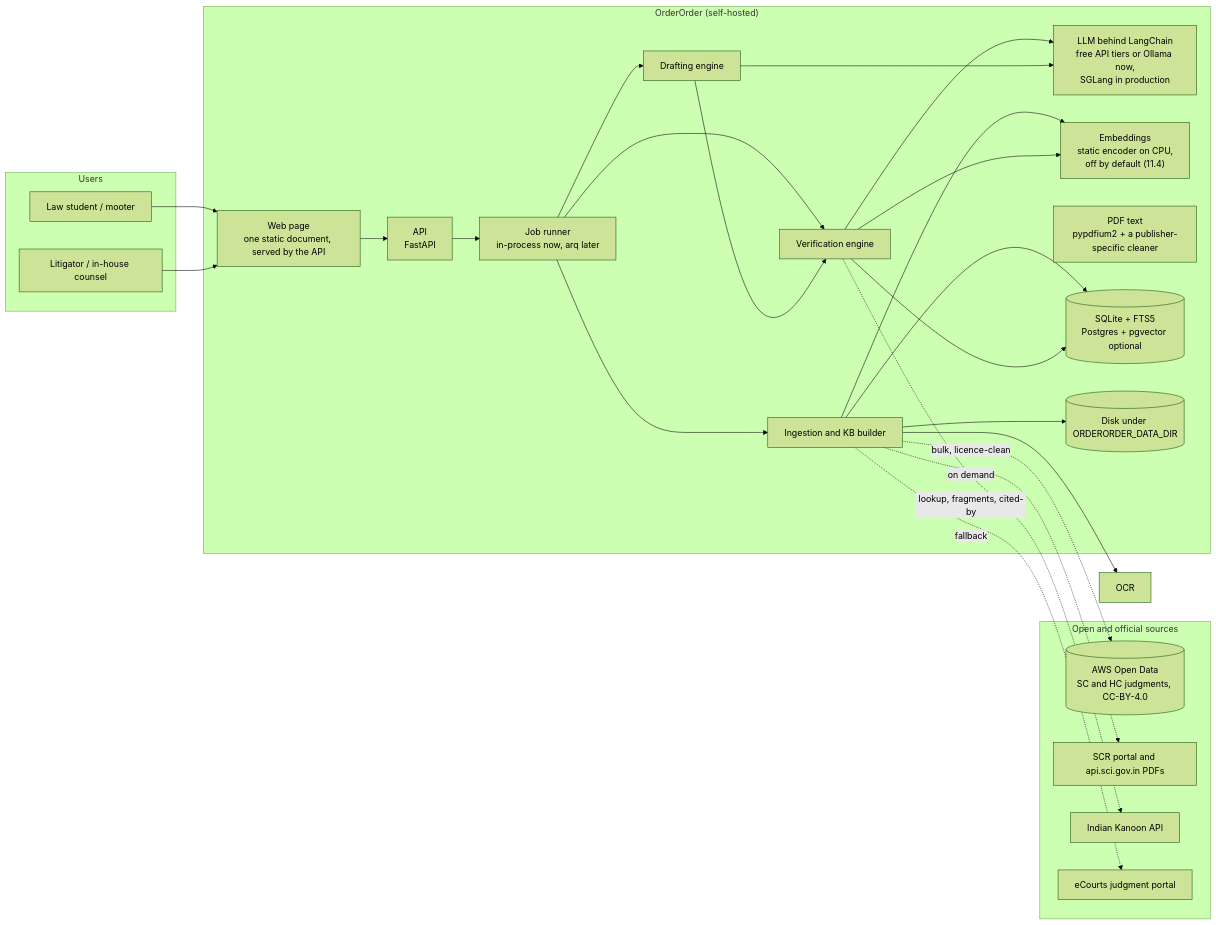
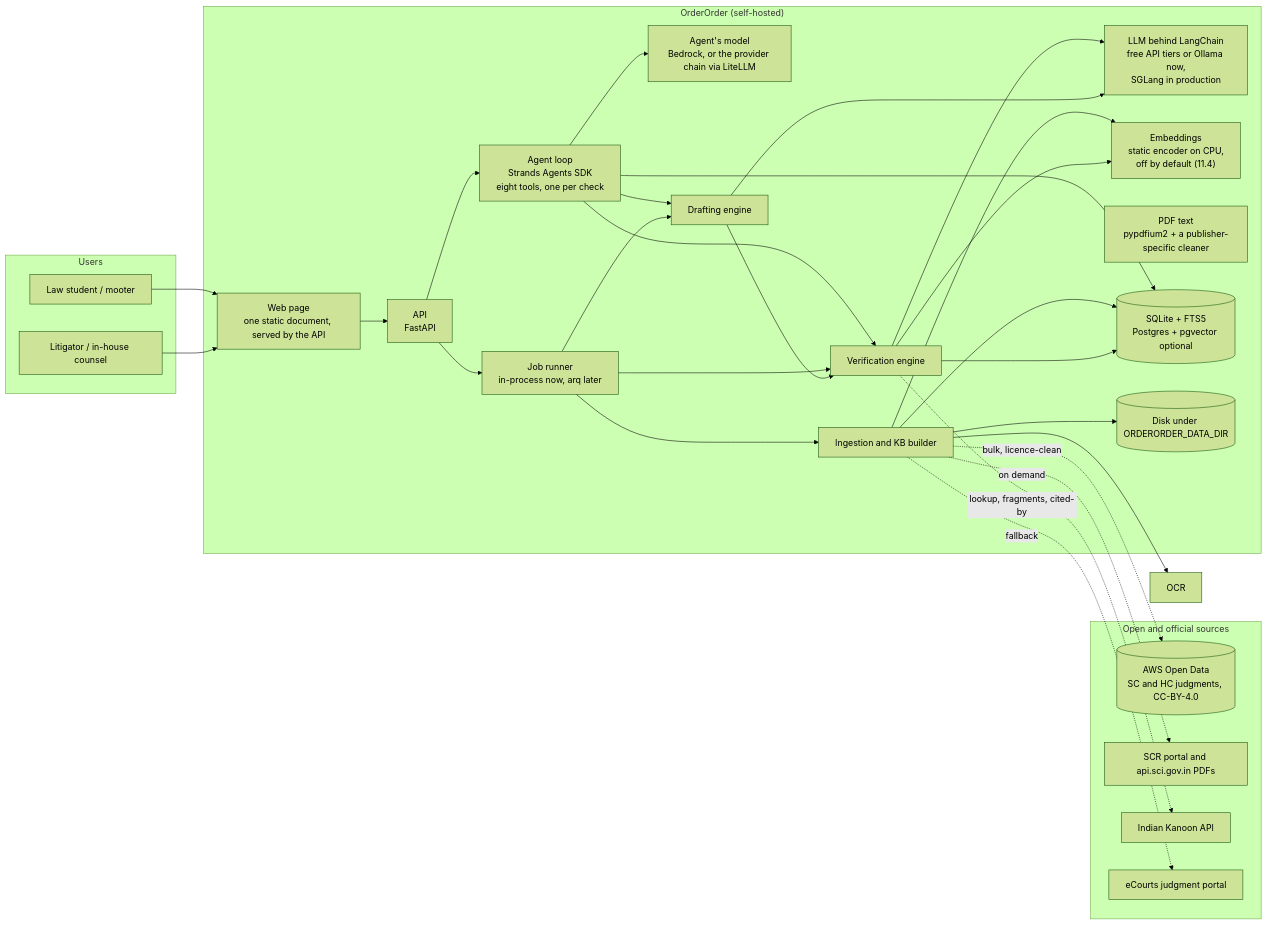
The first of 10 diagrams in docs/ARCHITECTURE.md (dhruvv1402/order-order), drawn with Mermaid (forest theme) before and after one commit. The commit also changed other lines of this file and 15 other files, not shown here.

````diff
--- a/docs/ARCHITECTURE.md
+++ b/docs/ARCHITECTURE.md
@@ -40,49 +40,56 @@
 ```mermaid
 flowchart LR
     subgraph users["Users"]
         U1["Law student / mooter"]
         U2["Litigator / in-house counsel"]
     end
 
     subgraph orderorder["OrderOrder (self-hosted)"]
         WEB["Web page<br/>one static document, served by the API"]
         API["API<br/>FastAPI"]
+        AGT["Agent loop<br/>Strands Agents SDK<br/>eight tools, one per check"]
+        AMOD["Agent's model<br/>Bedrock, or the provider chain via LiteLLM"]
         Q["Job runner<br/>in-process now, arq later"]
         ING["Ingestion and KB builder"]
         ENG["Verification engine"]
         DRF["Drafting engine"]
         LLM["LLM behind LangChain<br/>free API tiers or Ollama now,<br/>SGLang in production"]
         EMB["Embeddings<br/>static encoder on CPU,<br/>off by default (11.4)"]
         PDF["PDF text<br/>pypdfium2 + a publisher-specific cleaner"]
         DB[("SQLite + FTS5<br/>Postgres + pgvector optional")]
         OBJ[("Disk under ORDERORDER_DATA_DIR")]
     end
 
     subgraph ext["Open and official sources"]
         AWS[("AWS Open Data<br/>SC and HC judgments, CC-BY-4.0")]
         SCR["SCR portal and api.sci.gov.in PDFs"]
         IK["Indian Kanoon API"]
         EC["eCourts judgment portal"]
     end
 
     U1 --> WEB
     U2 --> WEB
     WEB --> API
     API --> Q
+    API --> AGT
+    AGT --> AMOD
+    AGT --> ENG
+    AGT --> DRF
+    AGT --> DB
     Q --> ING
     Q --> ENG
     Q --> DRF
     DRF --> ENG
     ING --> OCR
     ING --> EMB
     ING --> DB
     ING --> OBJ
     ENG --> DB
     ENG --> EMB
     ENG --> LLM
     DRF --> LLM
     ING -.->|"bulk, licence-clean"| AWS
     ING -.->|"on demand"| SCR
     ENG -.->|"lookup, fragments, cited-by"| IK
     ING -.->|"fallback"| EC
 ```
````
